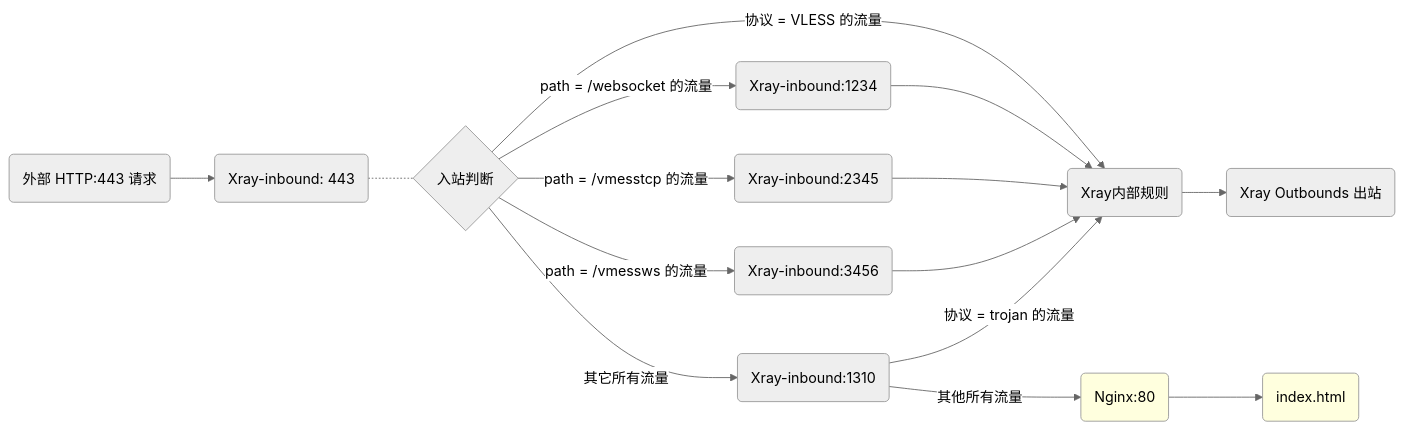
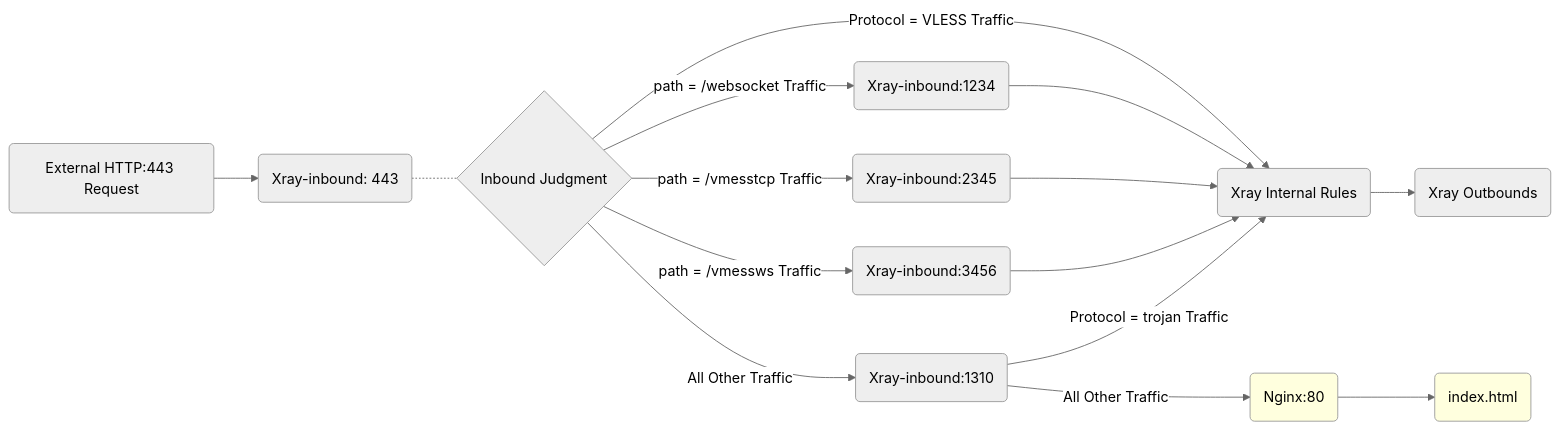
One commit to XTLS/Xray-docs-next changed the third of 3 diagrams in docs/en/document/level-1/fallbacks-lv1.md. Above: the diagram before and after it, drawn with Mermaid (neutral theme). The commit also changed other lines of this file and 90 other files, not shown here.

````diff
--- a/docs/en/document/level-1/fallbacks-lv1.md
+++ b/docs/en/document/level-1/fallbacks-lv1.md
@@ -360,24 +360,24 @@
 ```mermaid
     graph LR;
 
-    W443(外部 HTTP:443 请求) --> X443(Xray-inbound: 443) .- X1{入站判断}
-    X1 --> |协议 = VLESS 的流量| X2(Xray内部规则)
-    X2 --> XO(Xray Outbounds 出站)
+    W443(External HTTP:443 Request) --> X443(Xray-inbound: 443) .- X1{Inbound Judgment}
+    X1 --> |Protocol = VLESS Traffic| X2(Xray Internal Rules)
+    X2 --> XO(Xray Outbounds)
 
-    X1 --> |path = /websocket 的流量| X1234(Xray-inbound:1234)
-    X1 --> |path = /vmesstcp 的流量| X2345(Xray-inbound:2345)
-    X1 --> |path = /vmessws 的流量| X3456(Xray-inbound:3456)
-    X1 --> |其它所有流量| X1310(Xray-inbound:1310)
+    X1 --> |path = /websocket Traffic| X1234(Xray-inbound:1234)
+    X1 --> |path = /vmesstcp Traffic| X2345(Xray-inbound:2345)
+    X1 --> |path = /vmessws Traffic| X3456(Xray-inbound:3456)
+    X1 --> |All Other Traffic| X1310(Xray-inbound:1310)
 
     X1234 --> X2
     X2345 --> X2
     X3456 --> X2
 
-    X1310 --> |协议 = trojan 的流量| X2
-    X1310 --> |其他所有流量| N80(Nginx:80)
+    X1310 --> |Protocol = trojan Traffic| X2
+    X1310 --> |All Other Traffic| N80(Nginx:80)
 
     N80:::nginxclass --> H(index.html)
 
     H:::nginxclass
     classDef nginxclass fill:#FFFFDE
 ```
````
